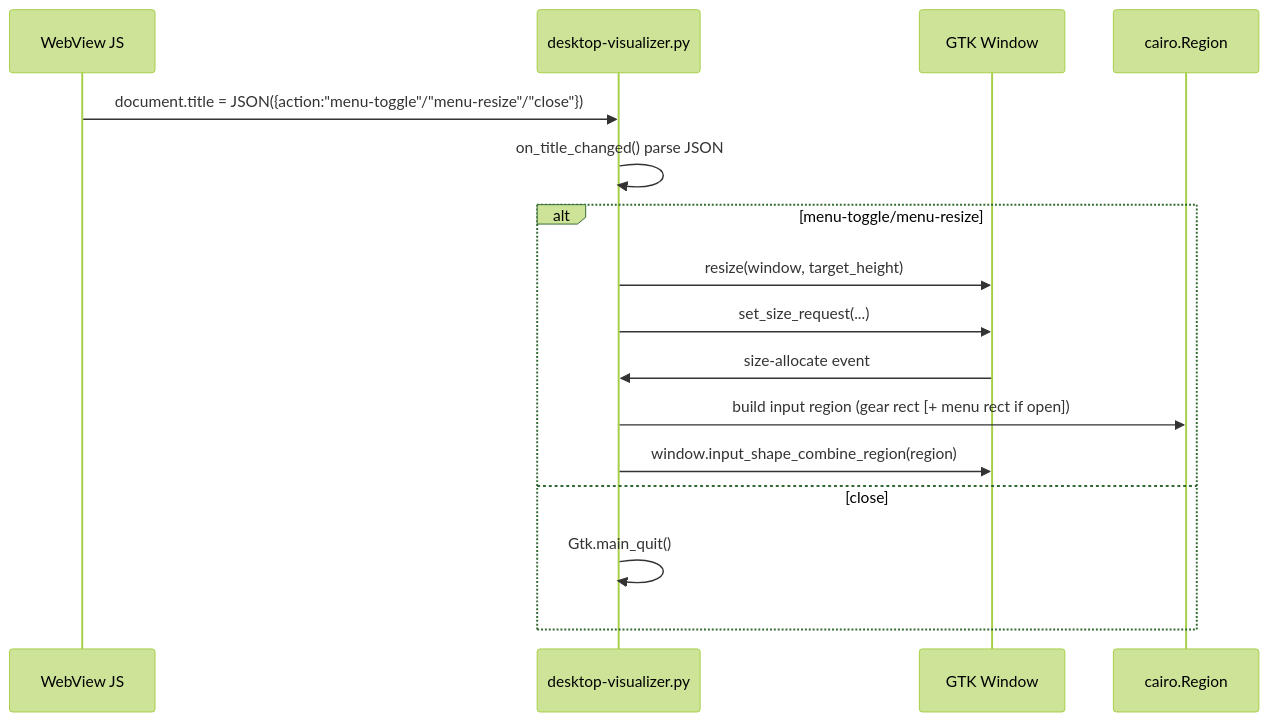
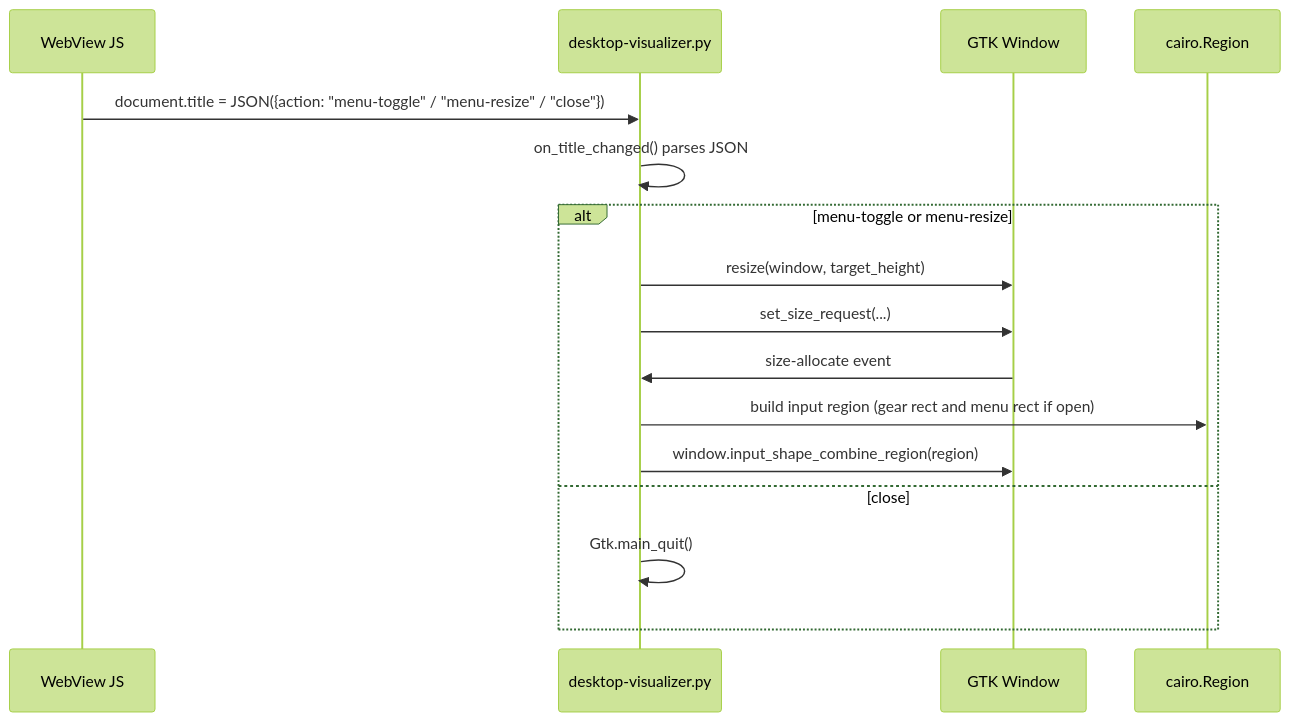
One commit to mgantlett/nix-audio-visualizer changed the fourth of 5 diagrams in docs/architecture.md. Above: the diagram before and after it, drawn with Mermaid (forest theme). The commit also changed other lines of this file, not shown here.

Commit message:
Fix Mermaid labels to avoid parser issues (docs/architecture.md)

````diff
--- a/docs/architecture.md
+++ b/docs/architecture.md
@@ -74,19 +73,19 @@
 ```mermaid
 sequenceDiagram
   participant JS as WebView JS
   participant Py as desktop-visualizer.py
   participant GTK as GTK Window
   participant Cairo as cairo.Region
 
-  JS->>Py: document.title = JSON({action:"menu-toggle"/"menu-resize"/"close"})
-  Py->>Py: on_title_changed() parse JSON
-  alt menu-toggle/menu-resize
+  JS->>Py: document.title = JSON({action: "menu-toggle" / "menu-resize" / "close"})
+  Py->>Py: on_title_changed() parses JSON
+  alt menu-toggle or menu-resize
     Py->>GTK: resize(window, target_height)
     Py->>GTK: set_size_request(...)
     GTK->>Py: size-allocate event
-    Py->>Cairo: build input region (gear rect [+ menu rect if open])
+    Py->>Cairo: build input region (gear rect and menu rect if open)
     Py->>GTK: window.input_shape_combine_region(region)
   else close
     Py->>Py: Gtk.main_quit()
   end
 ```
````
